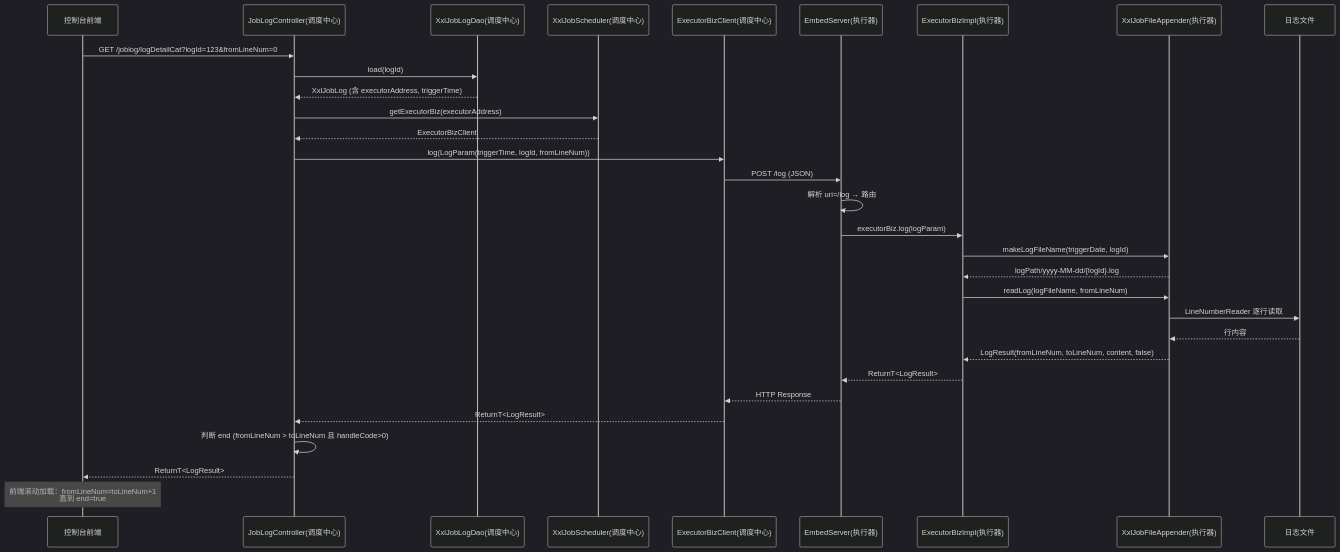
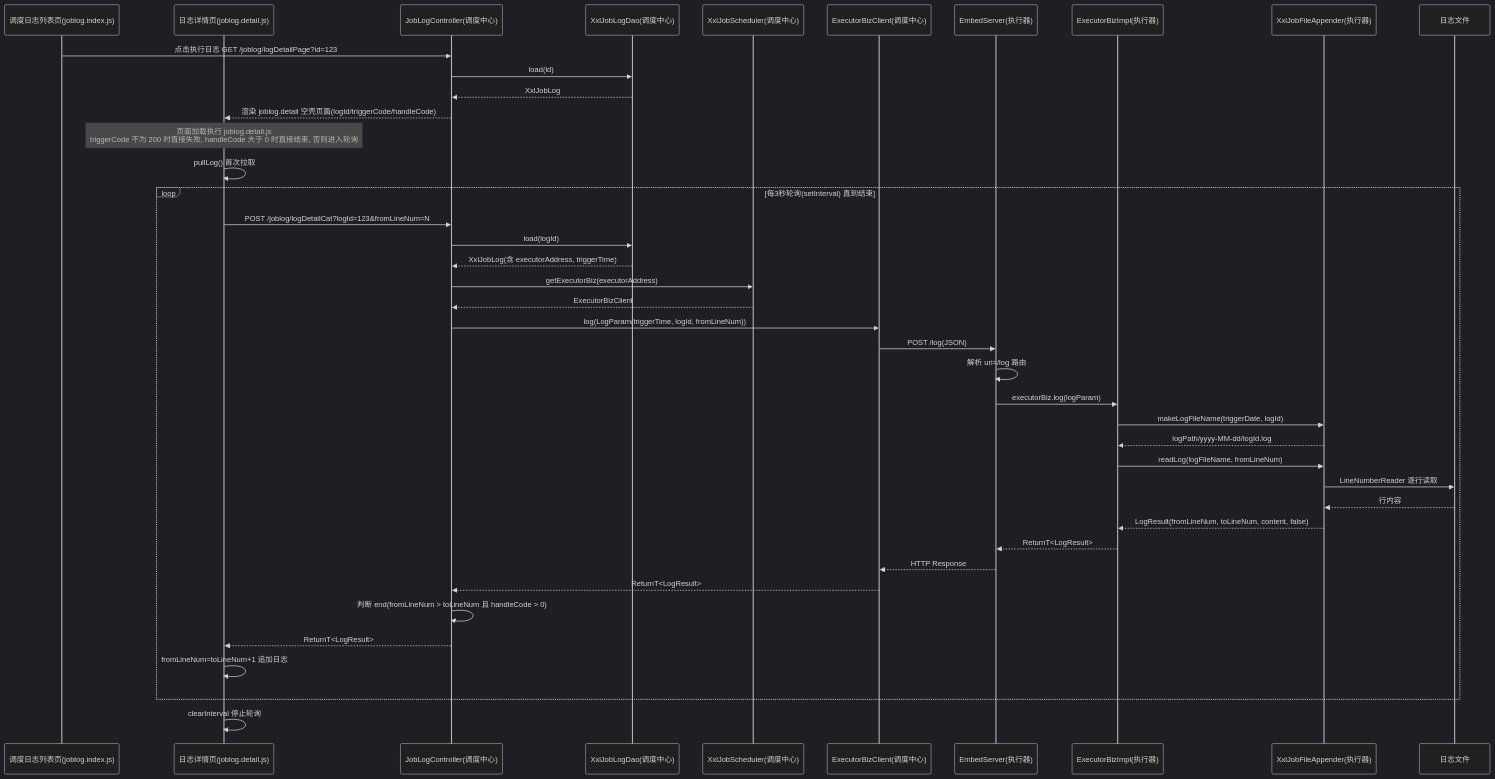
The fifth of 7 diagrams in xxl-job执行结果与日志机制源码分析.md (wenbin-usr/xxl-job), drawn with Mermaid (dark theme) before and after one commit. The commit also changed other lines of this file and 1 other file, not shown here.

````diff
--- a/xxl-job执行结果与日志机制源码分析.md
+++ b/xxl-job执行结果与日志机制源码分析.md
@@ -973,35 +1070,47 @@
 ```mermaid
 sequenceDiagram
-    participant UI as 控制台前端
+    participant List as 调度日志列表页(joblog.index.js)
+    participant Page as 日志详情页(joblog.detail.js)
     participant Ctrl as JobLogController(调度中心)
     participant DAO as XxlJobLogDao(调度中心)
     participant Sch as XxlJobScheduler(调度中心)
     participant Client as ExecutorBizClient(调度中心)
     participant ES as EmbedServer(执行器)
     participant Biz as ExecutorBizImpl(执行器)
     participant FA as XxlJobFileAppender(执行器)
     participant File as 日志文件
 
-    UI->>Ctrl: GET /joblog/logDetailCat?logId=123&fromLineNum=0
-    Ctrl->>DAO: load(logId)
-    DAO-->>Ctrl: XxlJobLog (含 executorAddress, triggerTime)
-    Ctrl->>Sch: getExecutorBiz(executorAddress)
-    Sch-->>Ctrl: ExecutorBizClient
-    Ctrl->>Client: log(LogParam(triggerTime, logId, fromLineNum))
-    Client->>ES: POST /log (JSON)
-    ES->>ES: 解析 uri=/log → 路由
-    ES->>Biz: executorBiz.log(logParam)
-    Biz->>FA: makeLogFileName(triggerDate, logId)
-    FA-->>Biz: logPath/yyyy-MM-dd/{logId}.log
-    Biz->>FA: readLog(logFileName, fromLineNum)
-    FA->>File: LineNumberReader 逐行读取
-    File-->>FA: 行内容
-    FA-->>Biz: LogResult(fromLineNum, toLineNum, content, false)
-    Biz-->>ES: ReturnT<LogResult>
-    ES-->>Client: HTTP Response
-    Client-->>Ctrl: ReturnT<LogResult>
-    Ctrl->>Ctrl: 判断 end (fromLineNum > toLineNum 且 handleCode>0)
-    Ctrl-->>UI: ReturnT<LogResult>
+    List->>Ctrl: 点击执行日志 GET /joblog/logDetailPage?id=123
+    Ctrl->>DAO: load(id)
+    DAO-->>Ctrl: XxlJobLog
+    Ctrl-->>Page: 渲染 joblog.detail 空壳页面(logId/triggerCode/handleCode)
 
-    Note over UI: 前端滚动加载：fromLineNum=toLineNum+1<br/>直到 end=true
+    Note over Page: 页面加载执行 joblog.detail.js<br/>triggerCode 不为 200 时直接失败, handleCode 大于 0 时直接结束, 否则进入轮询
+
+    Page->>Page: pullLog() 首次拉取
+    loop 每3秒轮询(setInterval) 直到结束
+        Page->>Ctrl: POST /joblog/logDetailCat?logId=123&fromLineNum=N
+        Ctrl->>DAO: load(logId)
+        DAO-->>Ctrl: XxlJobLog(含 executorAddress, triggerTime)
+        Ctrl->>Sch: getExecutorBiz(executorAddress)
+        Sch-->>Ctrl: ExecutorBizClient
+        Ctrl->>Client: log(LogParam(triggerTime, logId, fromLineNum))
+        Client->>ES: POST /log(JSON)
+        ES->>ES: 解析 uri=/log 路由
+        ES->>Biz: executorBiz.log(logParam)
+        Biz->>FA: makeLogFileName(triggerDate, logId)
+        FA-->>Biz: logPath/yyyy-MM-dd/logId.log
+        Biz->>FA: readLog(logFileName, fromLineNum)
+        FA->>File: LineNumberReader 逐行读取
+        File-->>FA: 行内容
+        FA-->>Biz: LogResult(fromLineNum, toLineNum, content, false)
+        Biz-->>ES: ReturnT<LogResult>
+        ES-->>Client: HTTP Response
+        Client-->>Ctrl: ReturnT<LogResult>
+        Ctrl->>Ctrl: 判断 end(fromLineNum > toLineNum 且 handleCode > 0)
+        Ctrl-->>Page: ReturnT<LogResult>
+        Page->>Page: fromLineNum=toLineNum+1 追加日志
+    end
+
+    Page->>Page: clearInterval 停止轮询
 ```
````
